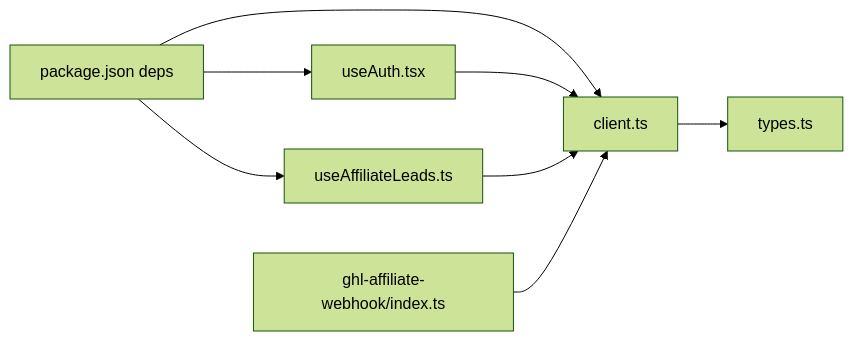
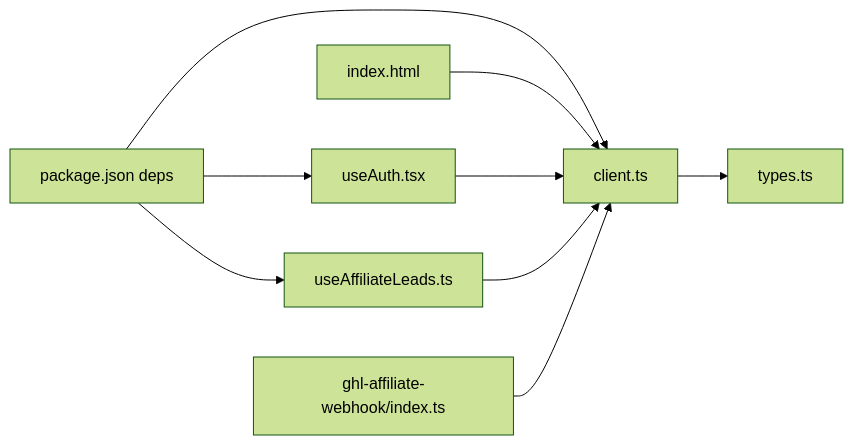
The seventh of 7 diagrams in .qoder/repowiki/en/content/Data Layer & Supabase Integration.md (Hawky1/ryland), drawn with Mermaid (forest theme) before and after one commit. The commit also changed other lines of this file and 7 other files, not shown here.

````diff
--- a/.qoder/repowiki/en/content/Data Layer & Supabase Integration.md
+++ b/.qoder/repowiki/en/content/Data Layer & Supabase Integration.md
@@ -358,16 +405,18 @@
 ```mermaid
 graph LR
 Package["package.json deps"]
 Client["client.ts"]
 Types["types.ts"]
 Auth["useAuth.tsx"]
 Leads["useAffiliateLeads.ts"]
 Func["ghl-affiliate-webhook/index.ts"]
+HTML["index.html"]
 Package --> Client
 Package --> Auth
 Package --> Leads
+HTML --> Client
 Client --> Types
 Auth --> Client
 Leads --> Client
 Func --> Client
 ```
````
